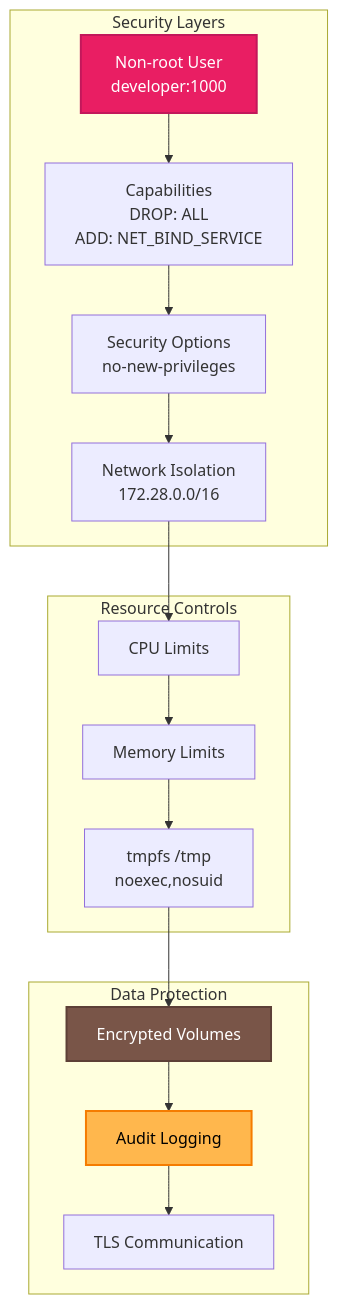
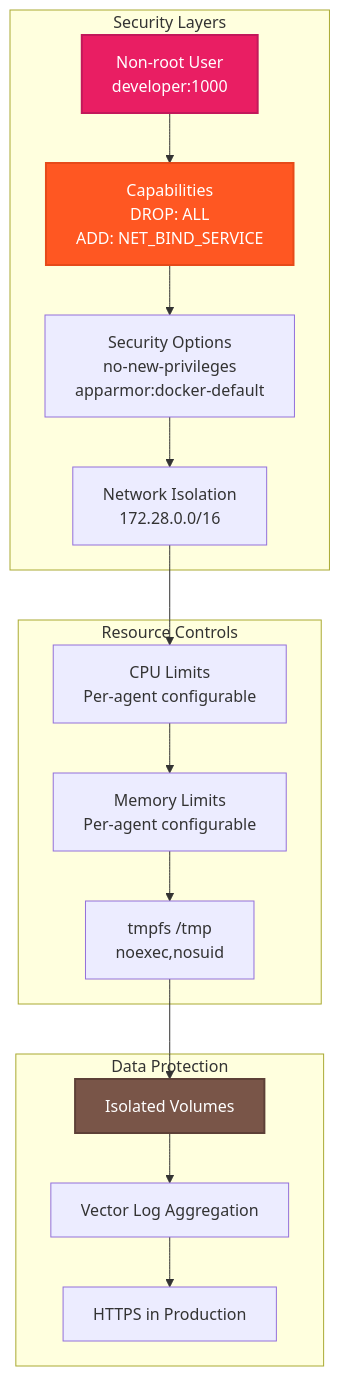
Before and after one commit to webmixgamer/trinity: the eighth of 15 diagrams in docs/trinity-architecture-diagrams.md, drawn with Mermaid. The commit also changed other lines of this file and 83 other files, not shown here.

````diff
--- a/docs/trinity-architecture-diagrams.md
+++ b/docs/trinity-architecture-diagrams.md
@@ -209,37 +315,37 @@
 ```mermaid
 graph TB
     subgraph "Security Layers"
         USER[Non-root User<br/>developer:1000]
         CAP[Capabilities<br/>DROP: ALL<br/>ADD: NET_BIND_SERVICE]
-        SEC[Security Options<br/>no-new-privileges]
+        SEC[Security Options<br/>no-new-privileges<br/>apparmor:docker-default]
         NET[Network Isolation<br/>172.28.0.0/16]
     end
-    
+
     subgraph "Resource Controls"
-        CPU[CPU Limits]
-        MEM[Memory Limits]
+        CPU[CPU Limits<br/>Per-agent configurable]
+        MEM[Memory Limits<br/>Per-agent configurable]
         TMPFS[tmpfs /tmp<br/>noexec,nosuid]
     end
-    
+
     subgraph "Data Protection"
-        VOL[Encrypted Volumes]
-        AUDIT[Audit Logging]
-        TLS[TLS Communication]
+        VOL[Isolated Volumes]
+        AUDIT[Vector Log Aggregation]
+        TLS[HTTPS in Production]
     end
-    
+
     USER --> CAP
     CAP --> SEC
     SEC --> NET
-    
+
     NET --> CPU
     CPU --> MEM
     MEM --> TMPFS
-    
+
     TMPFS --> VOL
     VOL --> AUDIT
     AUDIT --> TLS
-    
+
     style USER fill:#E91E63,stroke:#C2185B,stroke-width:2px,color:#fff
+    style CAP fill:#FF5722,stroke:#E64A19,stroke-width:2px,color:#fff
     style VOL fill:#795548,stroke:#5D4037,stroke-width:2px,color:#fff
-    style AUDIT fill:#FFB74D,stroke:#F57C00,stroke-width:2px,color:#000
 ```
````
